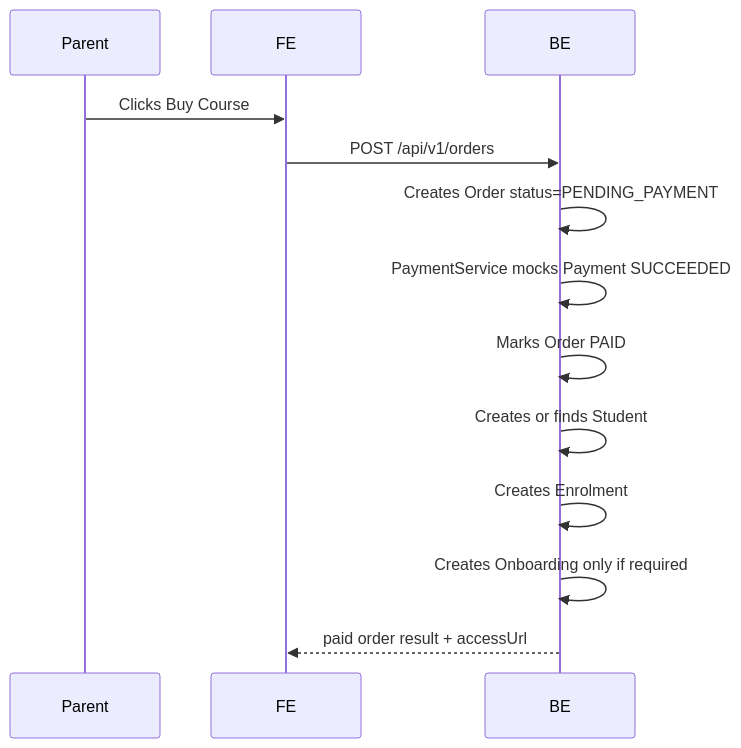
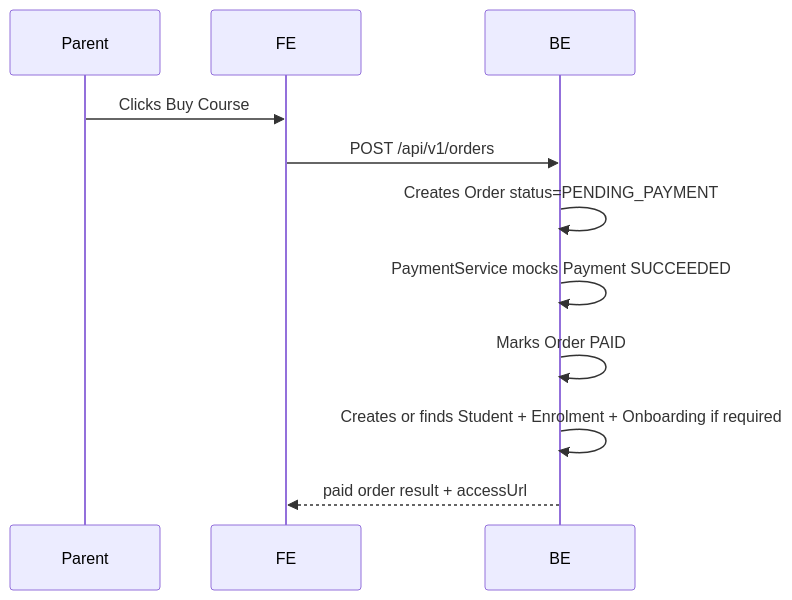
Before and after one commit to daniela-v/MES-mvp-app: the first of 5 diagrams in README.md, drawn with Mermaid. The commit also changed other lines of this file, not shown here.

Commit message:
sequence diagram update

````diff
--- a/README.md
+++ b/README.md
@@ -25,12 +28,10 @@
 ```mermaid
 sequenceDiagram
   Parent->>FE: Clicks Buy Course
   FE->>BE: POST /api/v1/orders
   BE->>BE: Creates Order status=PENDING_PAYMENT
   BE->>BE: PaymentService mocks Payment SUCCEEDED
   BE->>BE: Marks Order PAID
-  BE->>BE: Creates or finds Student
-  BE->>BE: Creates Enrolment
-  BE->>BE: Creates Onboarding only if required
+  BE->>BE: Creates or finds Student + Enrolment + Onboarding if required
   BE-->>FE: paid order result + accessUrl
 ```
````
